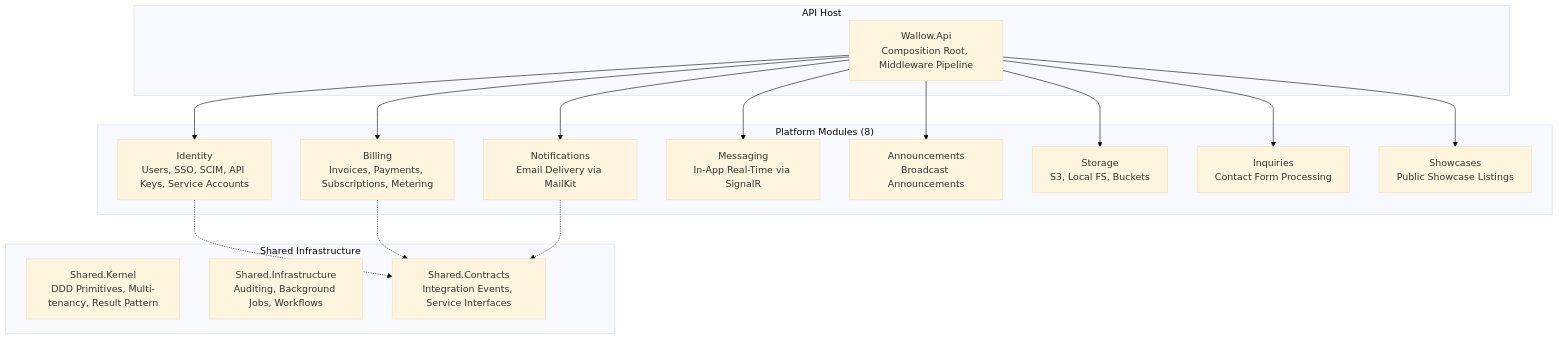
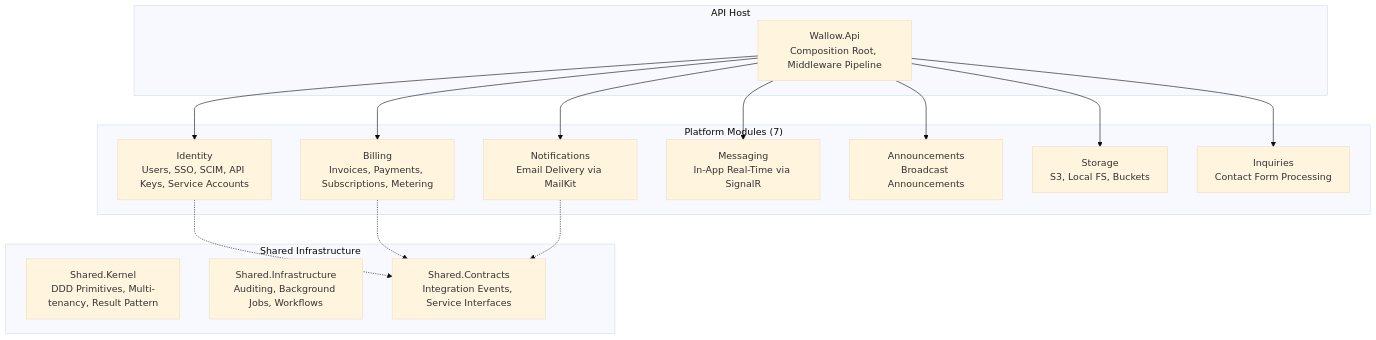
The first of 6 diagrams in docs/architecture/ARCHITECTURE-DIAGRAMS.md (bc-solutions-coder/wallow), drawn with Mermaid (base theme) before and after one commit. The commit also changed other lines of this file and 26 other files, not shown here.

````diff
--- a/docs/architecture/ARCHITECTURE-DIAGRAMS.md
+++ b/docs/architecture/ARCHITECTURE-DIAGRAMS.md
@@ -26,36 +26,34 @@
 ```mermaid
 graph TB
-    subgraph "Platform Modules (8)"
+    subgraph "Platform Modules (7)"
         Identity[Identity<br/>Users, SSO, SCIM, API Keys, Service Accounts]
         Billing[Billing<br/>Invoices, Payments, Subscriptions, Metering]
         Notifications[Notifications<br/>Email Delivery via MailKit]
         Messaging[Messaging<br/>In-App Real-Time via SignalR]
         Announcements[Announcements<br/>Broadcast Announcements]
         Storage[Storage<br/>S3, Local FS, Buckets]
         Inquiries[Inquiries<br/>Contact Form Processing]
-        Showcases[Showcases<br/>Public Showcase Listings]
     end
 
     subgraph "Shared Infrastructure"
         SharedKernel[Shared.Kernel<br/>DDD Primitives, Multi-tenancy, Result Pattern]
         SharedInfra[Shared.Infrastructure<br/>Auditing, Background Jobs, Workflows]
         SharedContracts[Shared.Contracts<br/>Integration Events, Service Interfaces]
     end
 
     subgraph "API Host"
         Api[Wallow.Api<br/>Composition Root, Middleware Pipeline]
     end
 
     Identity -.-> SharedContracts
     Billing -.-> SharedContracts
     Notifications -.-> SharedContracts
 
     Api --> Identity
     Api --> Billing
     Api --> Notifications
     Api --> Messaging
     Api --> Announcements
     Api --> Storage
     Api --> Inquiries
-    Api --> Showcases
 ```
````
